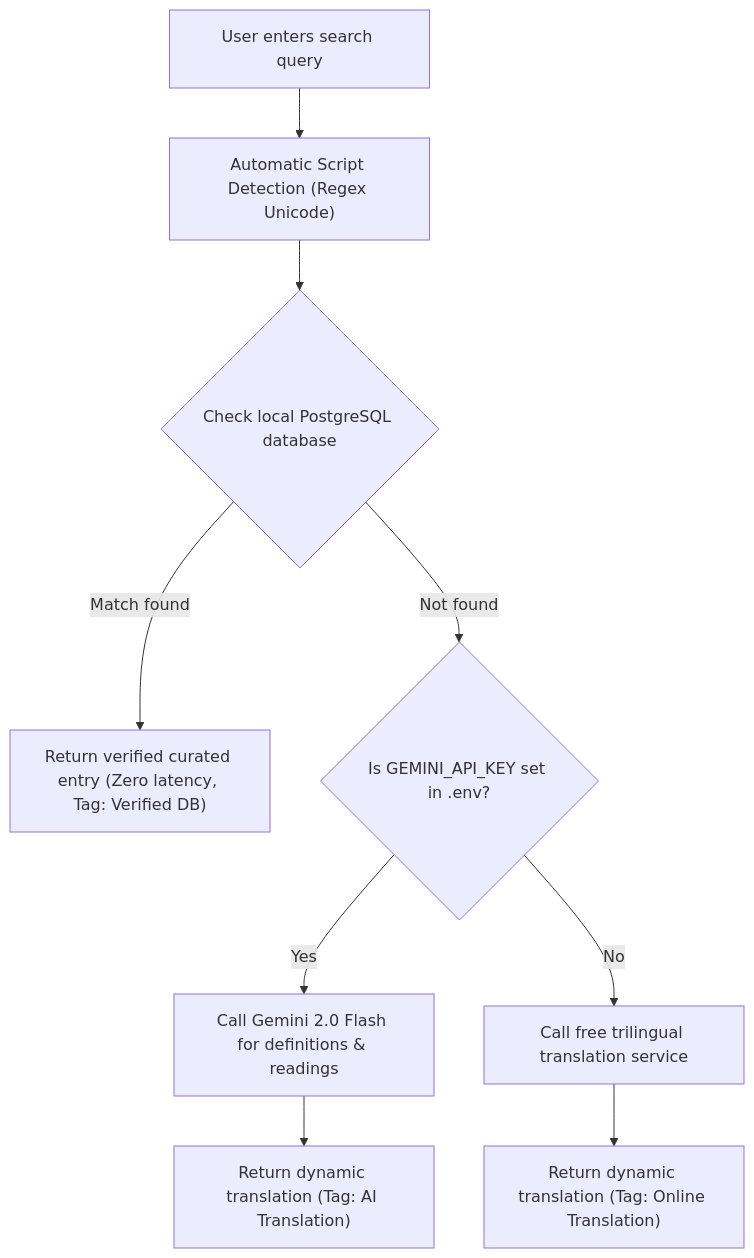
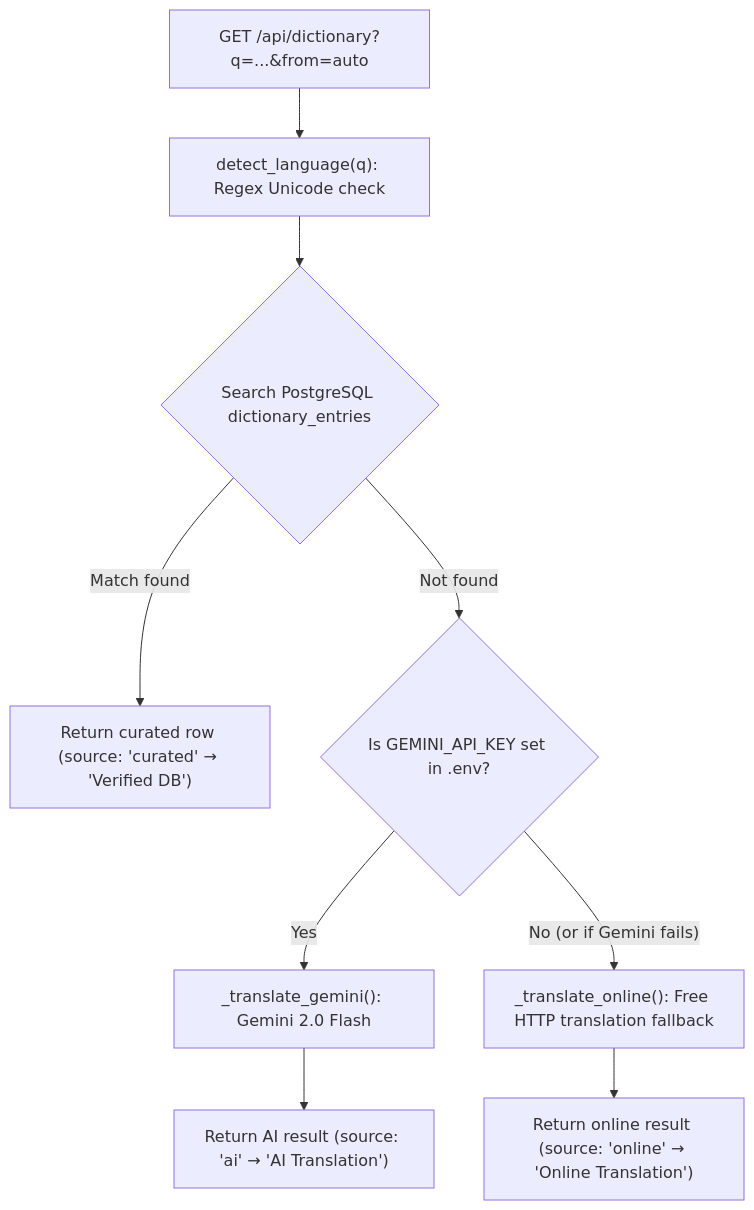
One commit to Music195/learnsolo changed the diagram in docs/dictionary-guide.md. Above: the diagram before and after it, drawn with Mermaid. The commit also changed other lines of this file and 2 other files, not shown here.

Commit message:
Update dictionary-guide and link all guides together

````diff
--- a/docs/dictionary-guide.md
+++ b/docs/dictionary-guide.md
@@ -162,11 +201,11 @@
 ```mermaid
 flowchart TD
-    A["User enters search query"] --> B["Automatic Script Detection (Regex Unicode)"]
-    B --> C{"Check local PostgreSQL database"}
-    C -- "Match found" --> D["Return verified curated entry (Zero latency, Tag: Verified DB)"]
+    A["GET /api/dictionary?q=...&from=auto"] --> B["detect_language(q): Regex Unicode check"]
+    B --> C{"Search PostgreSQL dictionary_entries"}
+    C -- "Match found" --> D["Return curated row (source: 'curated' → 'Verified DB')"]
     C -- "Not found" --> E{"Is GEMINI_API_KEY set in .env?"}
-    E -- "Yes" --> F["Call Gemini 2.0 Flash for definitions & readings"]
-    E -- "No" --> G["Call free trilingual translation service"]
-    F --> H["Return dynamic translation (Tag: AI Translation)"]
-    G --> I["Return dynamic translation (Tag: Online Translation)"]
+    E -- "Yes" --> F["_translate_gemini(): Gemini 2.0 Flash"]
+    E -- "No (or if Gemini fails)" --> G["_translate_online(): Free HTTP translation fallback"]
+    F --> H["Return AI result (source: 'ai' → 'AI Translation')"]
+    G --> I["Return online result (source: 'online' → 'Online Translation')"]
 ```
````
